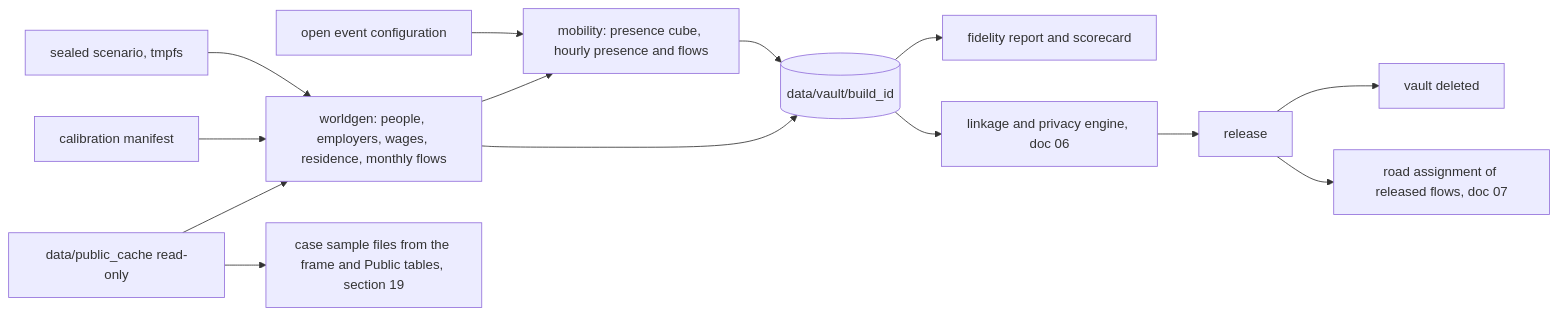
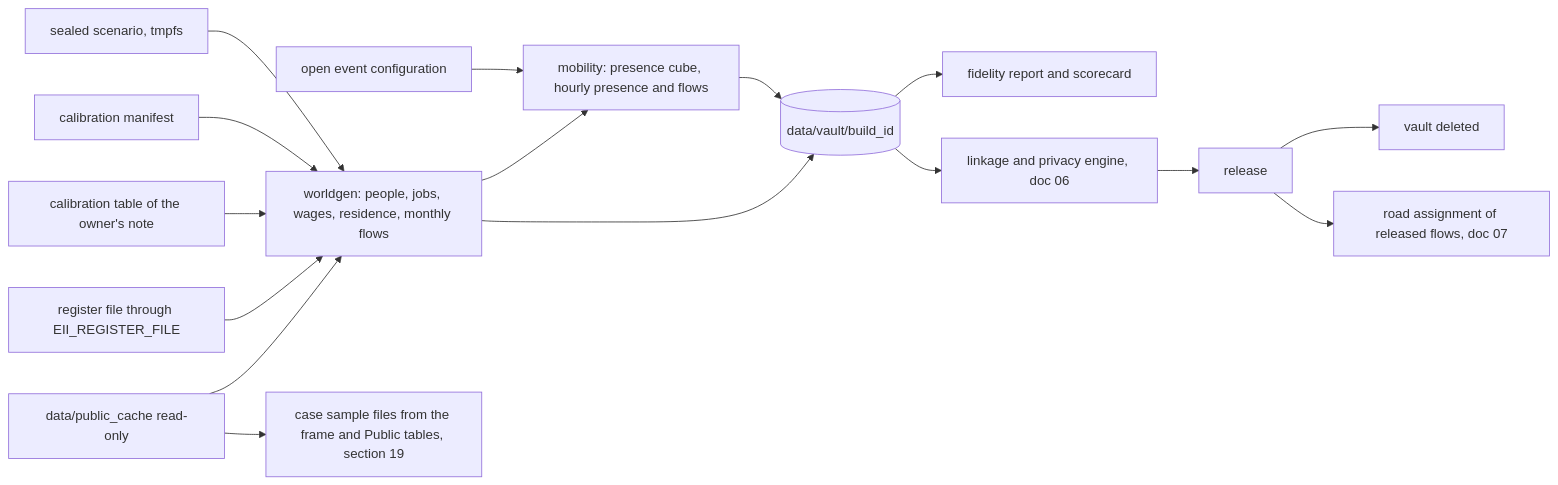
The diagram in docs/05_SYNTHETIC_WORLD_AND_SIMULATION.md (albarami/economic-investment-intelligence), drawn with Mermaid before and after one commit. The commit also changed other lines of this file and 24 other files, not shown here.

First line of the commit message:
docs(decisions): decision 0022, real register companies with a synthetic labour and residence world attached

````diff
--- a/docs/05_SYNTHETIC_WORLD_AND_SIMULATION.md
+++ b/docs/05_SYNTHETIC_WORLD_AND_SIMULATION.md
@@ -37,16 +37,18 @@
 ```mermaid
 flowchart LR
-  PC[data/public_cache read-only] --> WG[worldgen: people, employers, wages, residence, monthly flows]
+  PC[data/public_cache read-only] --> WG[worldgen: people, jobs, wages, residence, monthly flows]
+  RF[register file through EII_REGISTER_FILE] --> WG
+  CT[calibration table of the owner's note] --> WG
   CM[calibration manifest] --> WG
   SC[sealed scenario, tmpfs] --> WG
   WG --> V[(data/vault/build_id)]
   WG --> MS[mobility: presence cube, hourly presence and flows]
   EC[open event configuration] --> MS
   MS --> V
   V --> FR[fidelity report and scorecard]
   V --> PE[linkage and privacy engine, doc 06]
   PE --> R[release]
   R --> DEL[vault deleted]
   R --> TA[road assignment of released flows, doc 07]
   PC --> CF[case sample files from the frame and Public tables, section 19]
 ```
````
